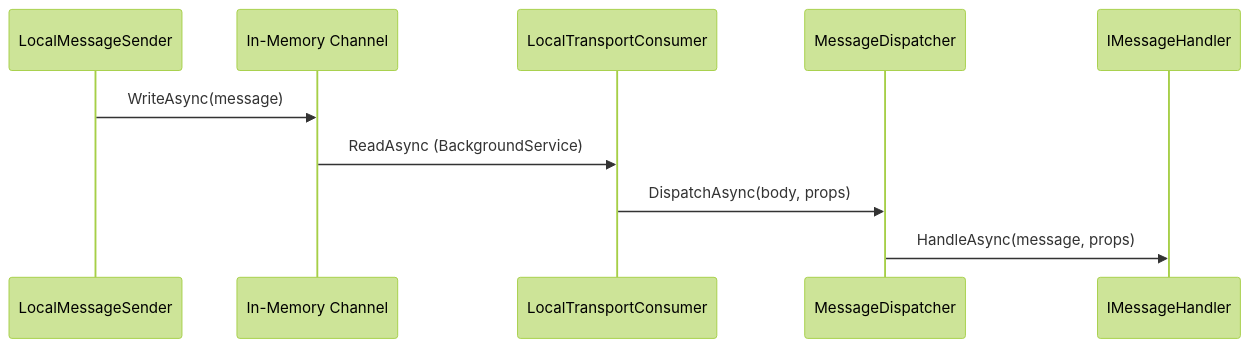
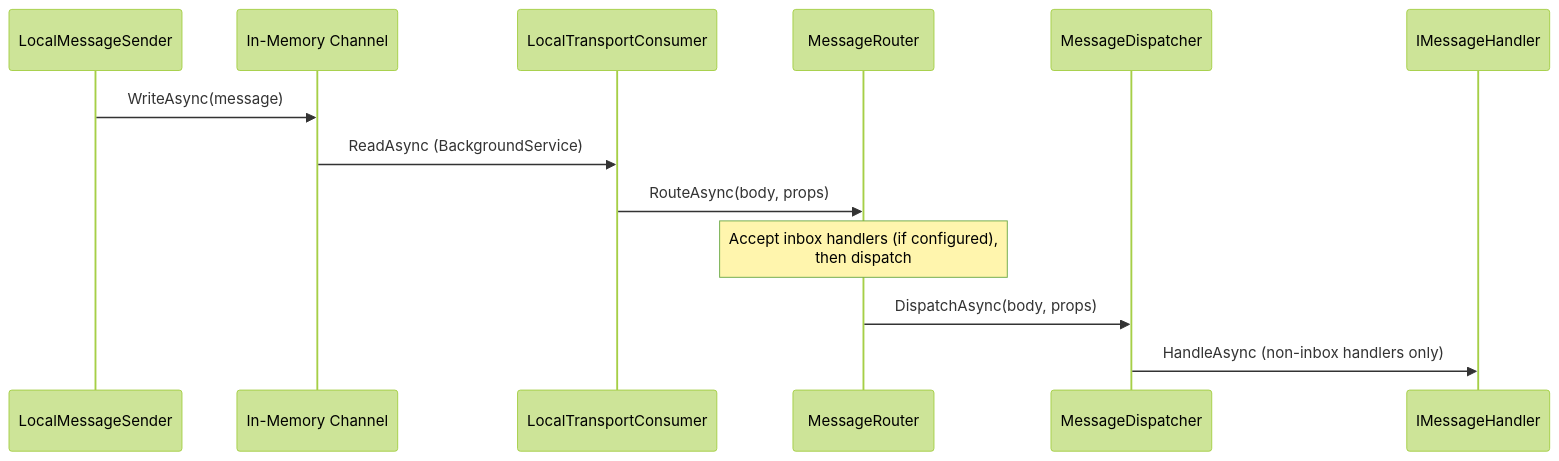
The sixth of 9 diagrams in docs/architecture.md (saithis/Ratatoskr), drawn with Mermaid (forest theme) before and after one commit. The commit also changed other lines of this file and 3 other files, not shown here.

````diff
--- a/docs/architecture.md
+++ b/docs/architecture.md
@@ -231,13 +231,16 @@
 ```mermaid
 sequenceDiagram
     participant S as LocalMessageSender
     participant Ch as In-Memory Channel
     participant C as LocalTransportConsumer
+    participant R as MessageRouter
     participant D as MessageDispatcher
     participant H as IMessageHandler
 
     S->>Ch: WriteAsync(message)
     Ch->>C: ReadAsync (BackgroundService)
-    C->>D: DispatchAsync(body, props)
-    D->>H: HandleAsync(message, props)
+    C->>R: RouteAsync(body, props)
+    Note over R: Accept inbox handlers (if configured),<br/>then dispatch
+    R->>D: DispatchAsync(body, props)
+    D->>H: HandleAsync (non-inbox handlers only)
 ```
````
